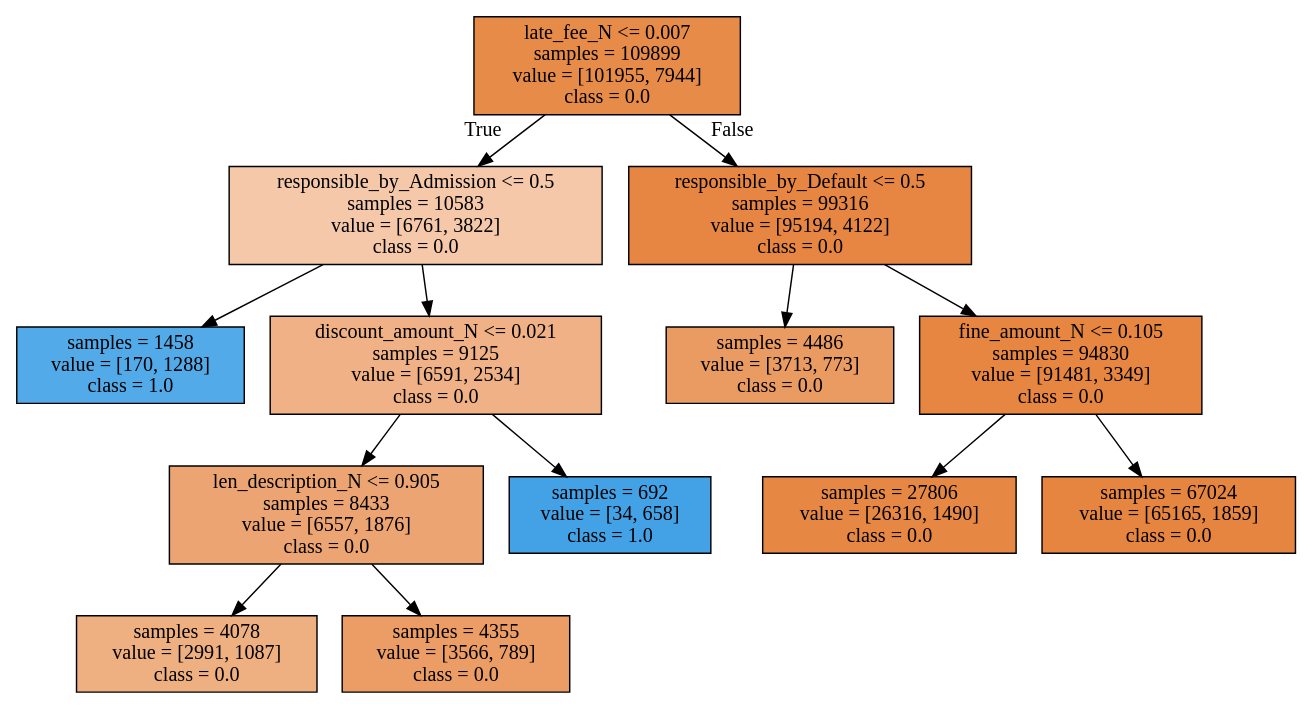
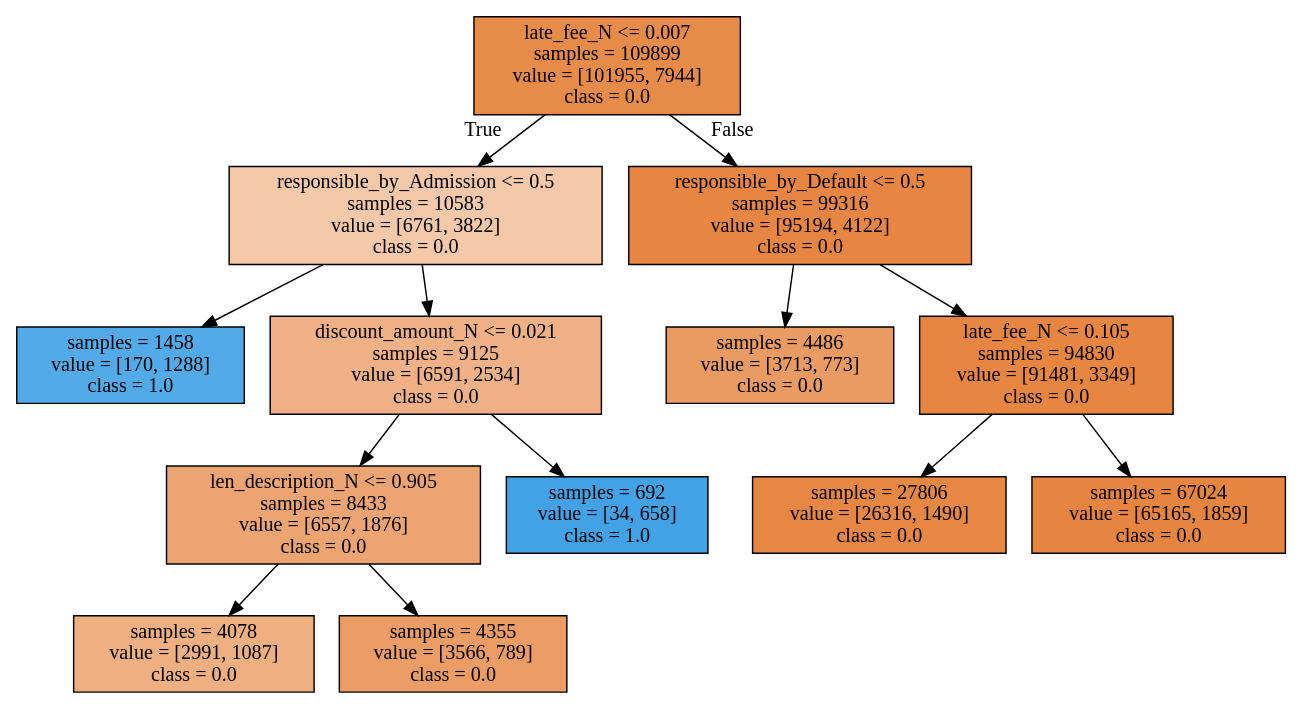
One commit to ITrustNumbers/A_Classification_Model_To_Predict_Blight_Compliance changed the diagram in Tree_Visualization_data.dot. Above: the diagram before and after it, drawn with Graphviz. The commit also changed 20 other files, not shown here.

```diff
--- a/Tree_Visualization_data.dot
+++ b/Tree_Visualization_data.dot
@@ -1,28 +1,28 @@
 digraph Tree {
 node [shape=box, style="filled", color="black"] ;
 0 [label="late_fee_N <= 0.007\nsamples = 109899\nvalue = [101955, 7944]\nclass = 0.0", fillcolor="#e78b48"] ;
 1 [label="responsible_by_Admission <= 0.5\nsamples = 10583\nvalue = [6761, 3822]\nclass = 0.0", fillcolor="#f4c8a9"] ;
 0 -> 1 [labeldistance=2.5, labelangle=45, headlabel="True"] ;
 3 [label="samples = 1458\nvalue = [170, 1288]\nclass = 1.0", fillcolor="#53aae8"] ;
 1 -> 3 ;
 4 [label="discount_amount_N <= 0.021\nsamples = 9125\nvalue = [6591, 2534]\nclass = 0.0", fillcolor="#efb185"] ;
 1 -> 4 ;
 5 [label="len_description_N <= 0.905\nsamples = 8433\nvalue = [6557, 1876]\nclass = 0.0", fillcolor="#eca572"] ;
 4 -> 5 ;
 9 [label="samples = 4078\nvalue = [2991, 1087]\nclass = 0.0", fillcolor="#eeaf81"] ;
 5 -> 9 ;
 10 [label="samples = 4355\nvalue = [3566, 789]\nclass = 0.0", fillcolor="#eb9d65"] ;
 5 -> 10 ;
 6 [label="samples = 692\nvalue = [34, 658]\nclass = 1.0", fillcolor="#43a2e6"] ;
 4 -> 6 ;
 2 [label="responsible_by_Default <= 0.5\nsamples = 99316\nvalue = [95194, 4122]\nclass = 0.0", fillcolor="#e68642"] ;
 0 -> 2 [labeldistance=2.5, labelangle=-45, headlabel="False"] ;
 7 [label="samples = 4486\nvalue = [3713, 773]\nclass = 0.0", fillcolor="#ea9b62"] ;
 2 -> 7 ;
-8 [label="fine_amount_N <= 0.105\nsamples = 94830\nvalue = [91481, 3349]\nclass = 0.0", fillcolor="#e68640"] ;
+8 [label="late_fee_N <= 0.105\nsamples = 94830\nvalue = [91481, 3349]\nclass = 0.0", fillcolor="#e68640"] ;
 2 -> 8 ;
 11 [label="samples = 27806\nvalue = [26316, 1490]\nclass = 0.0", fillcolor="#e68844"] ;
 8 -> 11 ;
 12 [label="samples = 67024\nvalue = [65165, 1859]\nclass = 0.0", fillcolor="#e6853f"] ;
 8 -> 12 ;
 }
```
